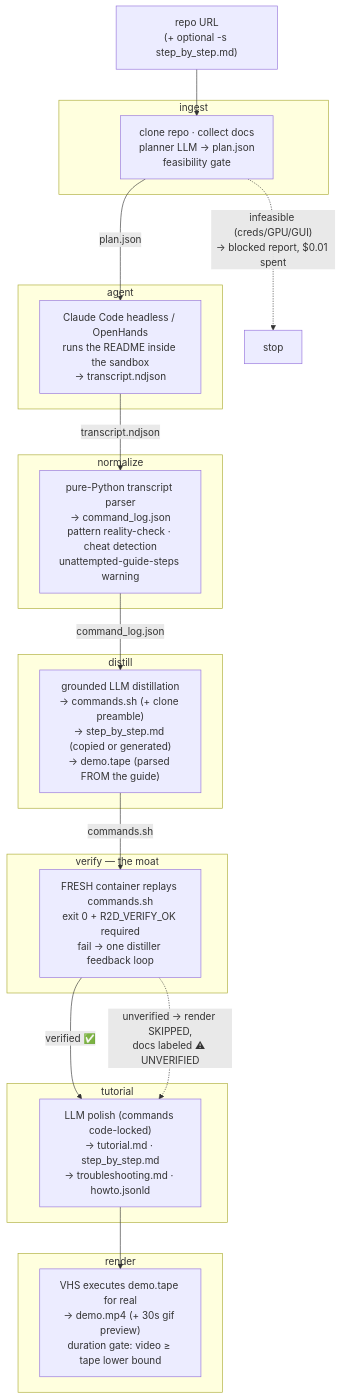
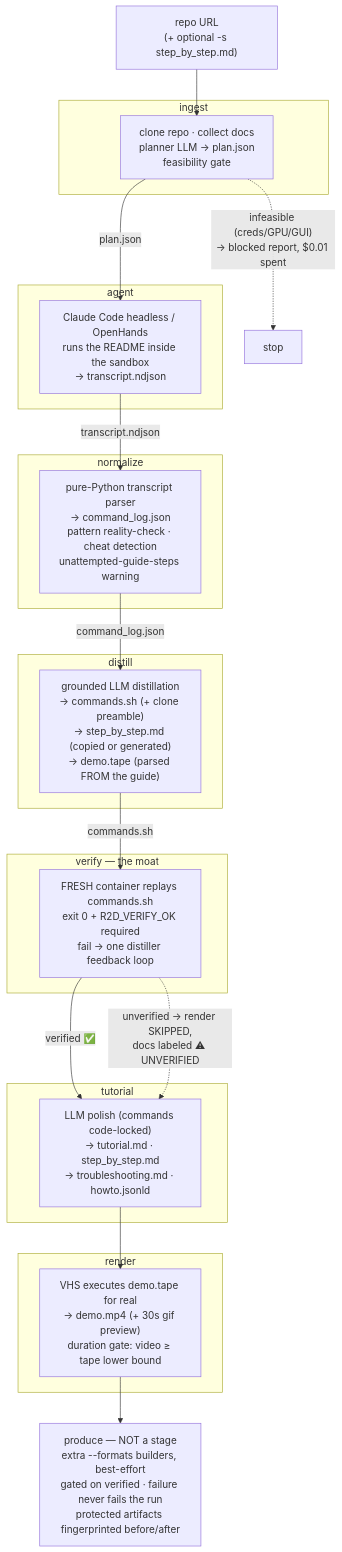
Before and after one commit to alphacrack/readme2demo: the first of 3 diagrams in architecture/README.md, drawn with Mermaid. The commit also changed other lines of this file and 5 other files, not shown here.

First line of the commit message:
feat(formats): produce() dispatch — extra outputs after render, best-effort (#230) (#253)

````diff
--- a/architecture/README.md
+++ b/architecture/README.md
@@ -12,38 +12,41 @@
 ```mermaid
 flowchart TD
     U["repo URL<br/>(+ optional -s step_by_step.md)"] --> I
 
     subgraph M1["ingest"]
         I["clone repo · collect docs<br/>planner LLM → plan.json<br/>feasibility gate"]
     end
 
     subgraph M3["agent"]
         A["Claude Code headless / OpenHands<br/>runs the README inside the sandbox<br/>→ transcript.ndjson"]
     end
 
     subgraph M4["normalize"]
         N["pure-Python transcript parser<br/>→ command_log.json<br/>pattern reality-check · cheat detection<br/>unattempted-guide-steps warning"]
     end
 
     subgraph M5["distill"]
         D["grounded LLM distillation<br/>→ commands.sh (+ clone preamble)<br/>→ step_by_step.md (copied or generated)<br/>→ demo.tape (parsed FROM the guide)"]
     end
 
     subgraph M6["verify — the moat"]
         V["FRESH container replays commands.sh<br/>exit 0 + R2D_VERIFY_OK required<br/>fail → one distiller feedback loop"]
     end
 
     subgraph M7["tutorial"]
         T["LLM polish (commands code-locked)<br/>→ tutorial.md · step_by_step.md<br/>→ troubleshooting.md · howto.jsonld"]
     end
 
     subgraph M8["render"]
         R["VHS executes demo.tape for real<br/>→ demo.mp4 (+ 30s gif preview)<br/>duration gate: video ≥ tape lower bound"]
     end
 
+    P["produce — NOT a stage<br/>extra --formats builders, best-effort<br/>gated on verified · failure never fails the run<br/>protected artifacts fingerprinted before/after"]
+
     I -->|plan.json| A -->|transcript.ndjson| N -->|command_log.json| D
     D -->|commands.sh| V
     V -->|verified ✅| T --> R
+    R --> P
     V -.->|"unverified → render SKIPPED,<br/>docs labeled ⚠ UNVERIFIED"| T
     I -.->|"infeasible (creds/GPU/GUI)<br/>→ blocked report, $0.01 spent"| X["stop"]
 ```
````
